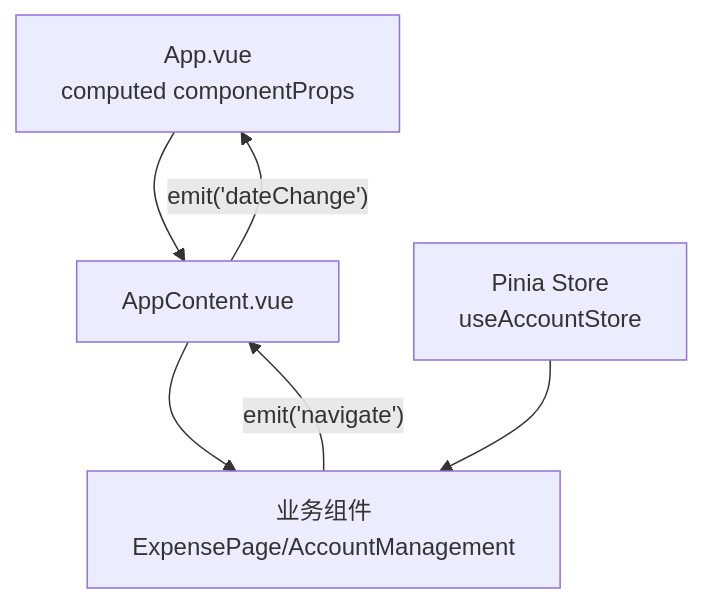
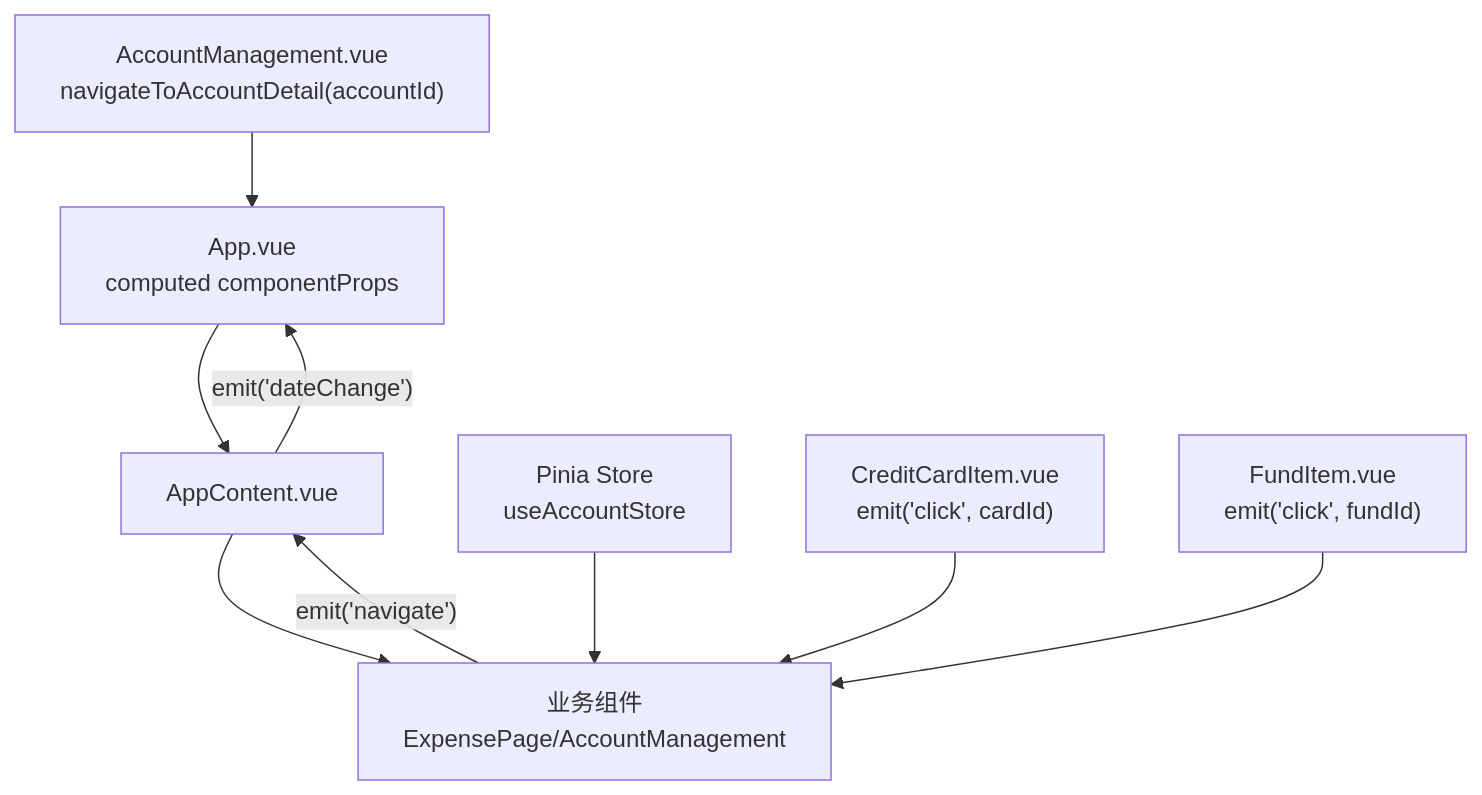
The sixth of 9 diagrams in .qoder/repowiki/zh/content/架构设计/组件通信机制.md (xiao-lin-unit/yuan), drawn with Mermaid before and after one commit. The commit also changed other lines of this file and 19 other files, not shown here.

````diff
--- a/.qoder/repowiki/zh/content/架构设计/组件通信机制.md
+++ b/.qoder/repowiki/zh/content/架构设计/组件通信机制.md
@@ -242,8 +295,11 @@
 ```mermaid
 flowchart TD
 A["App.vue<br/>computed componentProps"] --> B["AppContent.vue"]
 B --> C["业务组件<br/>ExpensePage/AccountManagement"]
 C -- "emit('navigate')" --> B
 B -- "emit('dateChange')" --> A
 D["Pinia Store<br/>useAccountStore"] --> C
+E["CreditCardItem.vue<br/>emit('click', cardId)"] --> C
+F["FundItem.vue<br/>emit('click', fundId)"] --> C
+G["AccountManagement.vue<br/>navigateToAccountDetail(accountId)"] --> A
 ```
````
